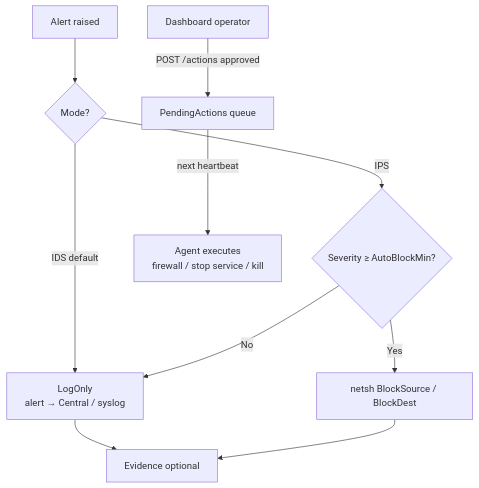
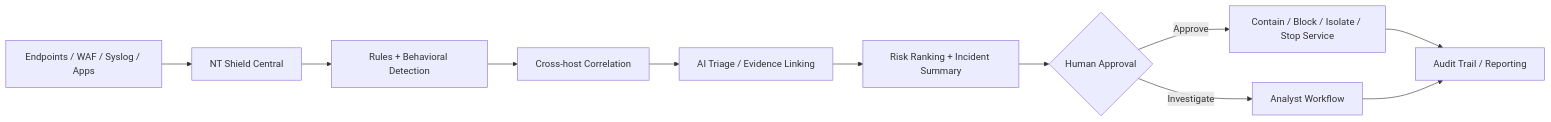
Before and after one commit to paddman/Shield: the first of 3 diagrams in README.md, drawn with Mermaid. The commit also changed other lines of this file, not shown here.

Commit message:
docs: refresh README for NT Shield current version

````diff
--- a/README.md
+++ b/README.md
@@ -286,12 +37,13 @@
 ```mermaid
-flowchart TD
-  A[Alert raised] --> B{Mode?}
-  B -->|IDS default| C[LogOnly<br/>alert → Central / syslog]
-  B -->|IPS| D{Severity ≥ AutoBlockMin?}
-  D -->|Yes| E[netsh BlockSource / BlockDest]
-  D -->|No| C
-  C --> F[Evidence optional]
-  E --> F
-  G[Dashboard operator] -->|POST /actions approved| H[PendingActions queue]
-  H -->|next heartbeat| I[Agent executes<br/>firewall / stop service / kill]
+flowchart LR
+  A[Endpoints / WAF / Syslog / Apps] --> B[NT Shield Central]
+  B --> C[Rules + Behavioral Detection]
+  C --> D[Cross-host Correlation]
+  D --> E[AI Triage / Evidence Linking]
+  E --> F[Risk Ranking + Incident Summary]
+  F --> G{Human Approval}
+  G -->|Approve| H[Contain / Block / Isolate / Stop Service]
+  G -->|Investigate| I[Analyst Workflow]
+  H --> J[Audit Trail / Reporting]
+  I --> J
 ```
````
